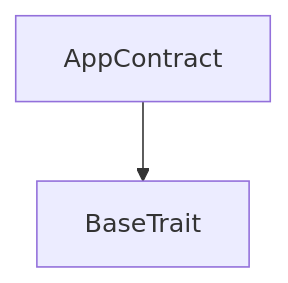
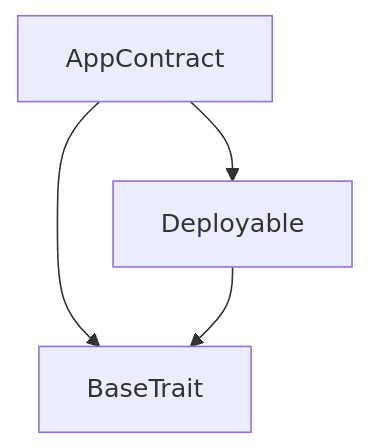
One commit to Timurhaip/contract changed the first of 2 diagrams in buildBorrowPools/BorrowPool_AppContract.md. Above: the diagram before and after it, drawn with Mermaid. The commit also changed other lines of this file and 153 other files, not shown here.

````diff
--- a/buildBorrowPools/BorrowPool_AppContract.md
+++ b/buildBorrowPools/BorrowPool_AppContract.md
@@ -262,5 +262,7 @@
 ```mermaid
 graph TD
 AppContract
 AppContract --> BaseTrait
+AppContract --> Deployable
+Deployable --> BaseTrait
 ```
````
